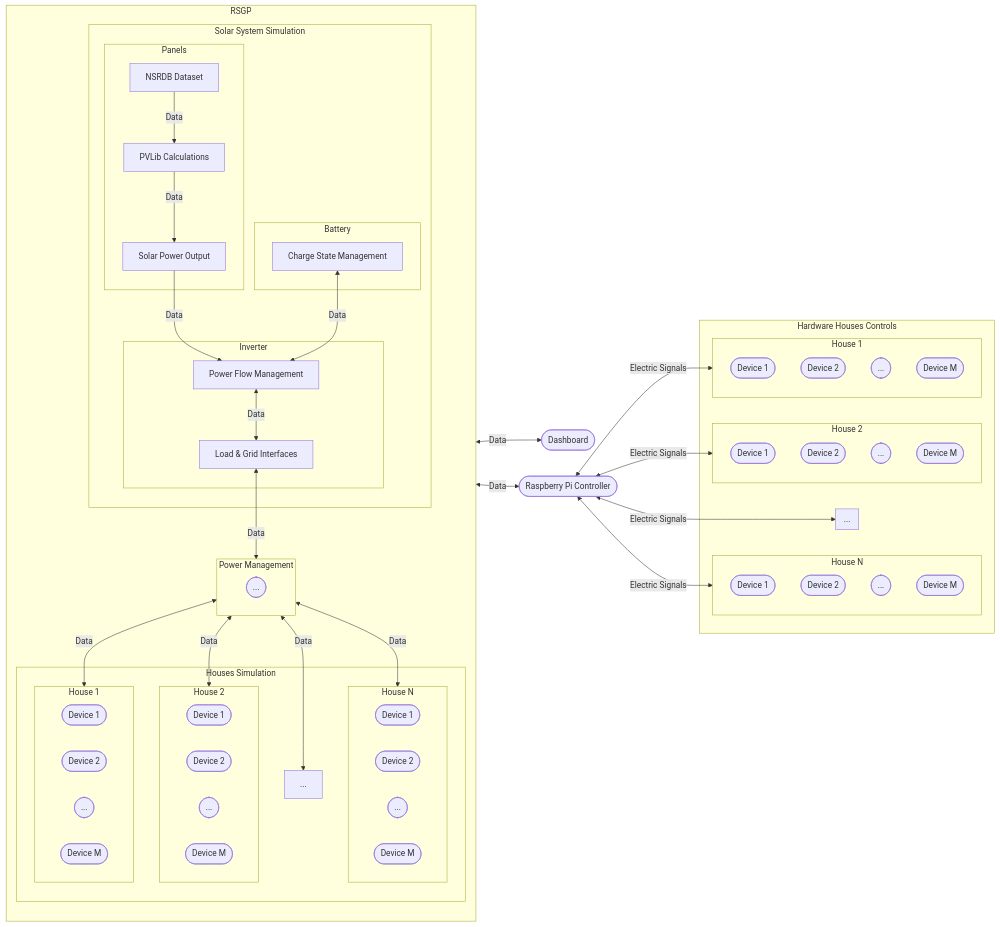
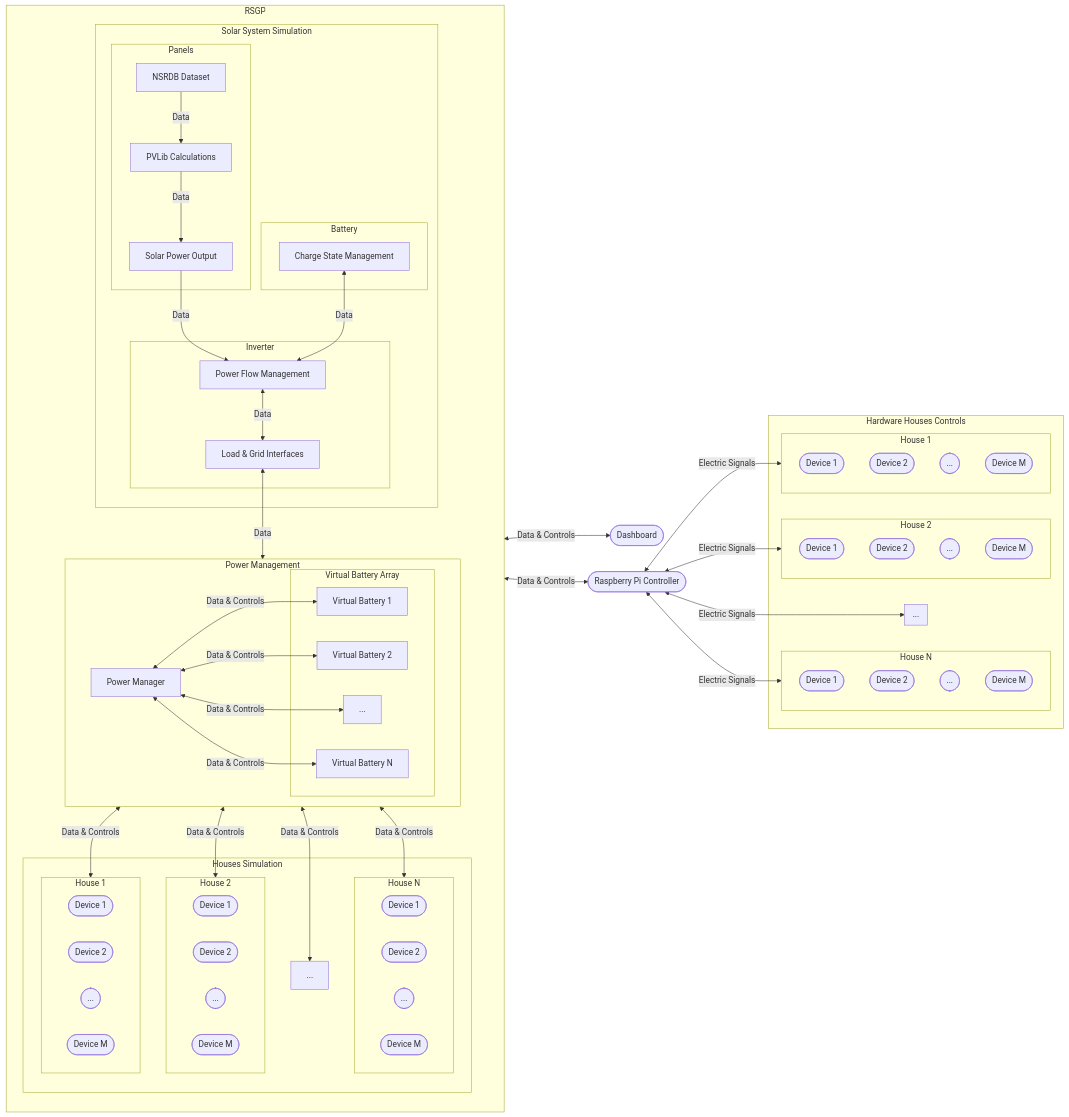
The diagram in docs/_static/graphs/C2_system_arch_detailed.mmd (ezAldinWaez/residential-smart-grid-prototype), drawn with Mermaid before and after one commit. The commit also changed 7 other files, not shown here.

```diff
--- a/docs/_static/graphs/C2_system_arch_detailed.mmd
+++ b/docs/_static/graphs/C2_system_arch_detailed.mmd
@@ -1,72 +1,79 @@
 graph LR
   subgraph RSGP[RSGP]
     subgraph RSGP_SSS[Solar System Simulation]
       subgraph RSGP_SSS_P[Panels]
         RSGP_SSS_P_D[NSRDB Dataset]
         RSGP_SSS_P_C[PVLib Calculations]
         RSGP_SSS_P_O[Solar Power Output]
       end
       subgraph RSGP_SSS_B[Battery]
         RSGP_SSS_B_M[Charge State Management]
       end
       subgraph RSGP_SSS_I[Inverter]
         RSGP_SSS_I_M[Power Flow Management] 
         RSGP_SSS_I_LG[Load & Grid Interfaces]
       end
     end
     subgraph RSGP_PM[Power Management]
-      RSGP_PM_([...])
+      RSGP_PMnger[Power Manager]
+      subgraph RSGP_PM_VBA[Virtual Battery Array]
+        RSGP_PM_VB1[Virtual Battery 1]
+        RSGP_PM_VB2[Virtual Battery 2]
+        RSGP_PM_VBK[...]
+        RSGP_PM_VBN[Virtual Battery N]
+      end
     end
     subgraph RSGP_HS[Houses Simulation]
       subgraph RSGP_HS_HN[House N]
         RSGP_HS_H3_D1([Device 1])
         RSGP_HS_H3_D2([Device 2])
         RSGP_HS_H3_DK([...])
         RSGP_HS_H3_DM([Device M])
       end
       RSGP_HS_HK[...]
       subgraph RSGP_HS_H2[House 2]
         RSGP_HS_H2_D1([Device 1])
         RSGP_HS_H2_D2([Device 2])
         RSGP_HS_H2_DK([...])
         RSGP_HS_H2_DM([Device M])
       end
       subgraph RSGP_HS_H1[House 1]
         RSGP_HS_H1_D1([Device 1])
         RSGP_HS_H1_D2([Device 2])
         RSGP_HS_H1_DK([...])
         RSGP_HS_H1_DM([Device M])
       end
     end
   end
   D([Dashboard])
   RC([Raspberry Pi Controller])
   subgraph HHC[Hardware Houses Controls]
     subgraph HHC_HN[House N]
       HHC_HN_D1([Device 1])
       HHC_HN_D2([Device 2])
       HHC_HN_DK([...])
       HHC_HN_DM([Device M])
     end
     subgraph HHC_HK[...]
     end
     subgraph HHC_H2[House 2]
       HHC_H2_D1([Device 1])
       HHC_H2_D2([Device 2])
       HHC_H2_DK([...])
       HHC_H2_DM([Device M])
     end
     subgraph HHC_H1[House 1]
       HHC_H1_D1([Device 1])
       HHC_H1_D2([Device 2])
       HHC_H1_DK([...])
       HHC_H1_DM([Device M])
     end
   end
 
   RSGP_SSS_P_D --Data--> RSGP_SSS_P_C --Data--> RSGP_SSS_P_O --Data--> RSGP_SSS_I_M
   RSGP_SSS_B_M <--Data--> RSGP_SSS_I_M <--Data--> RSGP_SSS_I_LG
   RSGP_SSS_I_LG <--Data--> RSGP_PM
-  RSGP_PM <--Data--> RSGP_HS_H1 & RSGP_HS_H2 & RSGP_HS_HK & RSGP_HS_HN
-  RSGP <--Data--> D & RC
+  RSGP_PMnger <--Data & Controls--> RSGP_PM_VB1 & RSGP_PM_VB2 & RSGP_PM_VBK & RSGP_PM_VBN
+  RSGP_PM <--Data & Controls--> RSGP_HS_H1 & RSGP_HS_H2 & RSGP_HS_HK & RSGP_HS_HN
+  RSGP <--Data & Controls--> D & RC
   RC <--Electric Signals--> HHC_H1 & HHC_H2 & HHC_HK & HHC_HN
```
